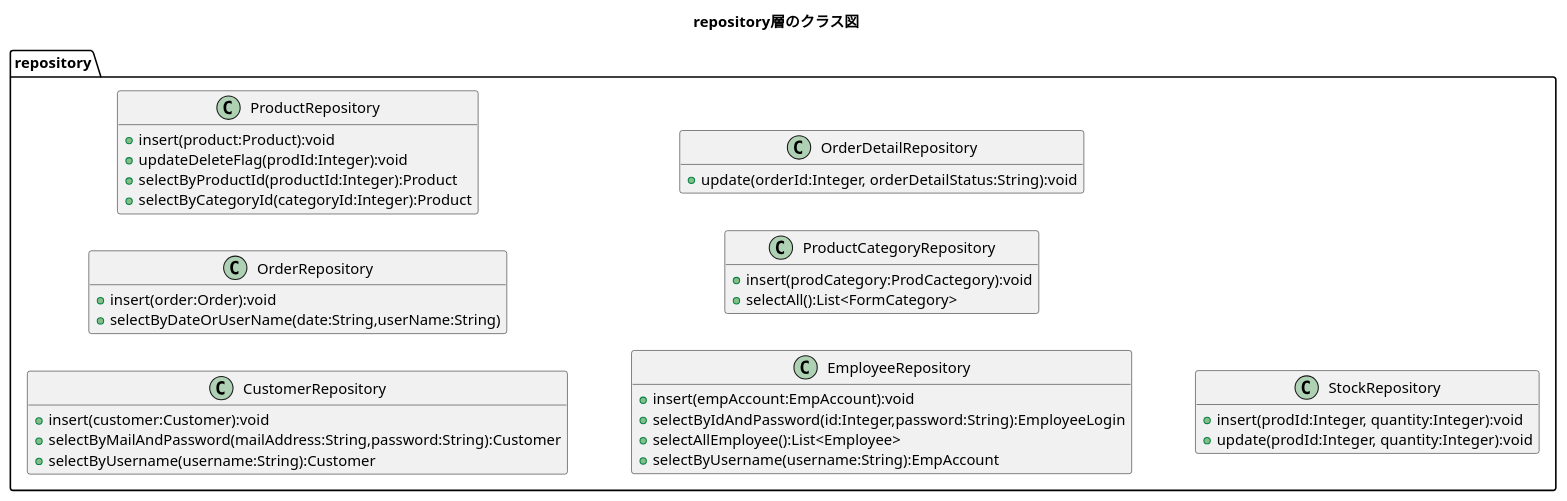
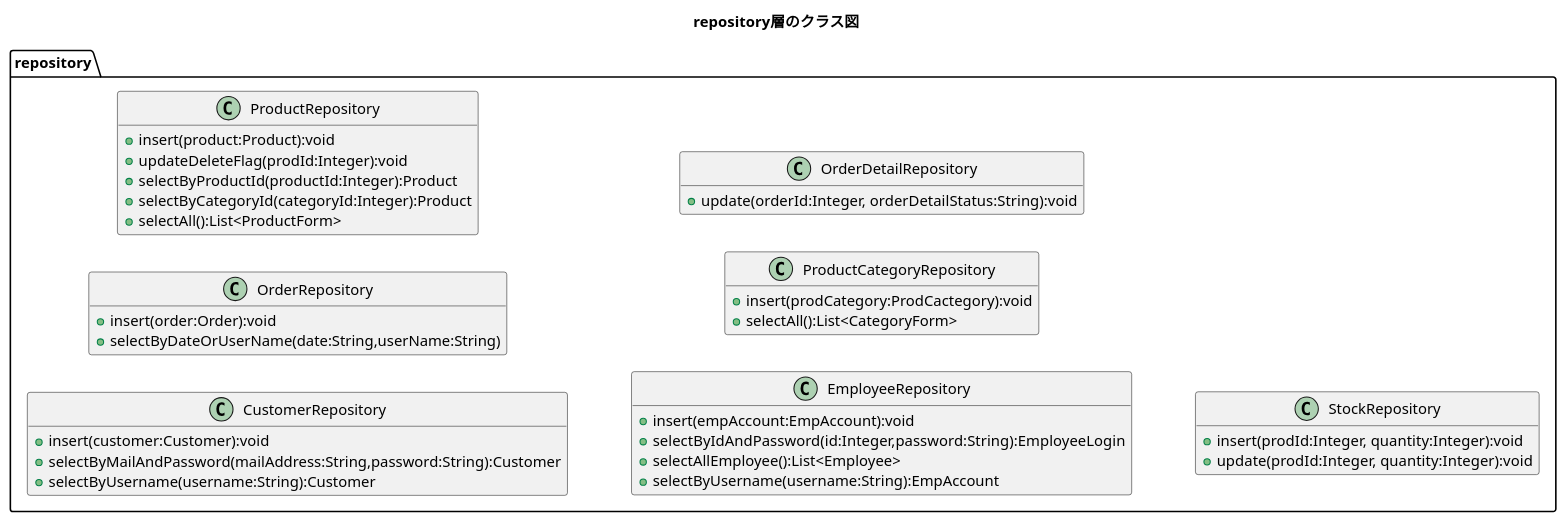
Before and after one commit to kanavii3333/ec-b: the diagram in plan/uml/class/repository.plantuml, drawn with PlantUML. The commit also changed 1 other file, not shown here.

Commit message:
商品検索の時に商品を全件持ってくるシーケンス図追加

```diff
--- a/plan/uml/class/repository.plantuml
+++ b/plan/uml/class/repository.plantuml
@@ -1,45 +1,46 @@
 @startuml
 title repository層のクラス図
 hide empty members
 left to right direction
 
 package repository{
     class CustomerRepository{
         +insert(customer:Customer):void
         +selectByMailAndPassword(mailAddress:String,password:String):Customer
         +selectByUsername(username:String):Customer
     }
 
     class OrderRepository{
         +insert(order:Order):void
         +selectByDateOrUserName(date:String,userName:String)
     }
 
     class ProductRepository{
         +insert(product:Product):void
 		+updateDeleteFlag(prodId:Integer):void
         +selectByProductId(productId:Integer):Product
         +selectByCategoryId(categoryId:Integer):Product
+        +selectAll():List<ProductForm>    
     }
 
     class EmployeeRepository{
         +insert(empAccount:EmpAccount):void
         +selectByIdAndPassword(id:Integer,password:String):EmployeeLogin
         +selectAllEmployee():List<Employee>
         +selectByUsername(username:String):EmpAccount
     }
 
     class ProductCategoryRepository{
         +insert(prodCategory:ProdCactegory):void
-        +selectAll():List<FormCategory>
+        +selectAll():List<CategoryForm>
     }
 
     class OrderDetailRepository{
         +update(orderId:Integer, orderDetailStatus:String):void
     }
     
     class StockRepository{
     	+insert(prodId:Integer, quantity:Integer):void
     	+update(prodId:Integer, quantity:Integer):void
 	}
 @enduml
```
